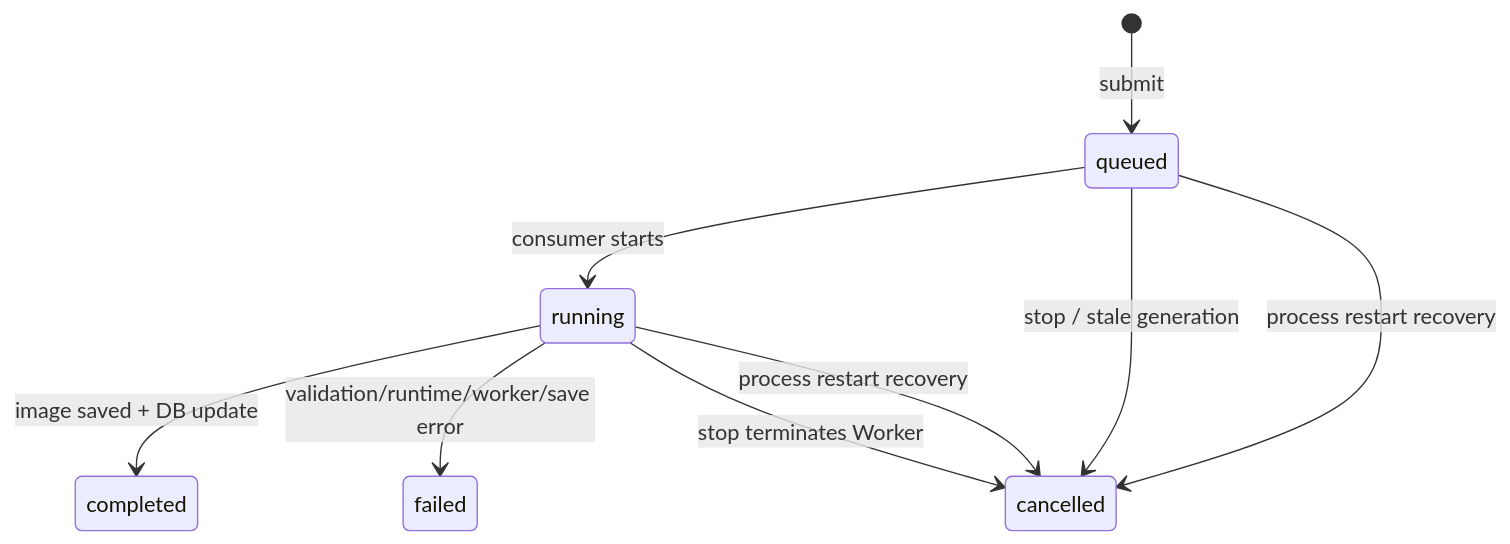
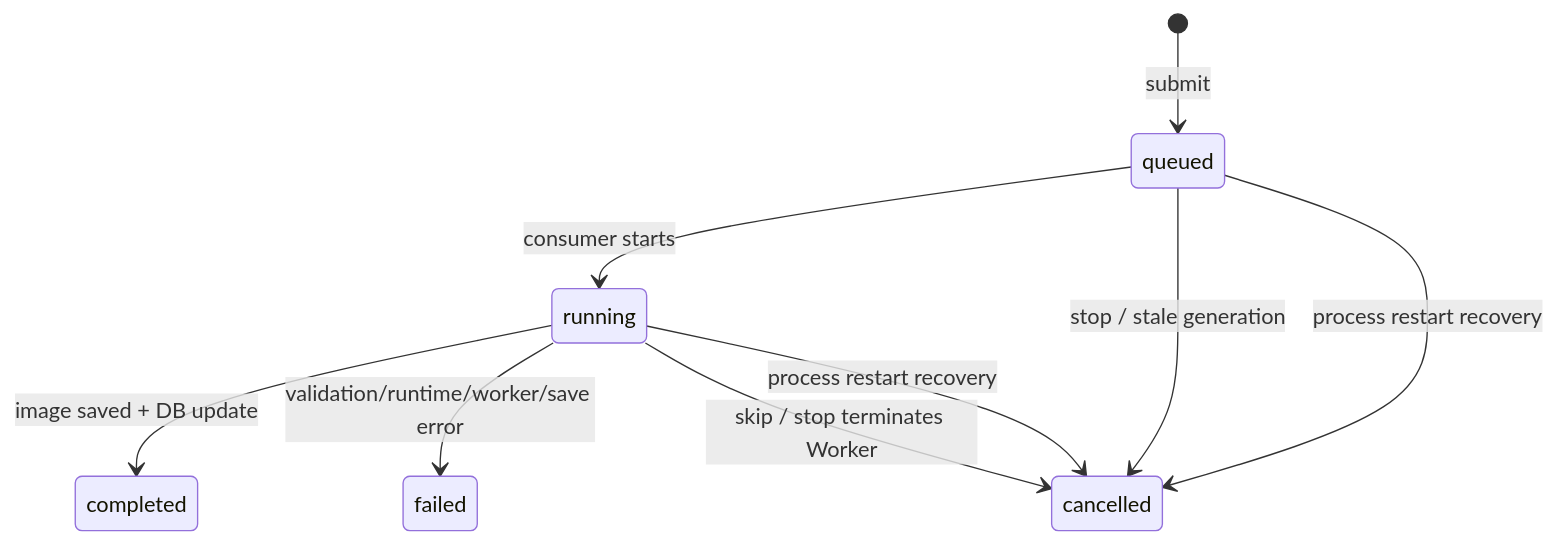
The second of 3 diagrams in docs/core-technical-reference.md (BarnettZhou/diffusion-workbench), drawn with Mermaid before and after one commit. The commit also changed other lines of this file and 9 other files, not shown here.

````diff
--- a/docs/core-technical-reference.md
+++ b/docs/core-technical-reference.md
@@ -256,11 +257,11 @@
 ```mermaid
 stateDiagram-v2
     [*] --> queued: submit
     queued --> running: consumer starts
     queued --> cancelled: stop / stale generation
     running --> completed: image saved + DB update
     running --> failed: validation/runtime/worker/save error
-    running --> cancelled: stop terminates Worker
+    running --> cancelled: skip / stop terminates Worker
     queued --> cancelled: process restart recovery
     running --> cancelled: process restart recovery
 ```
````
